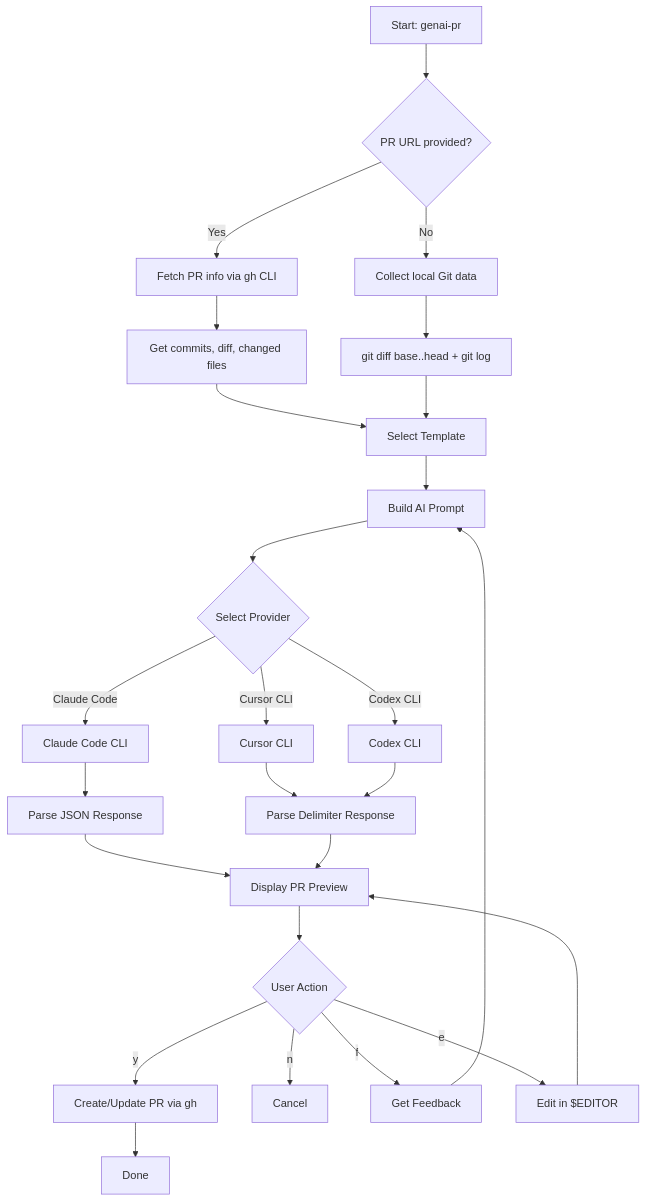
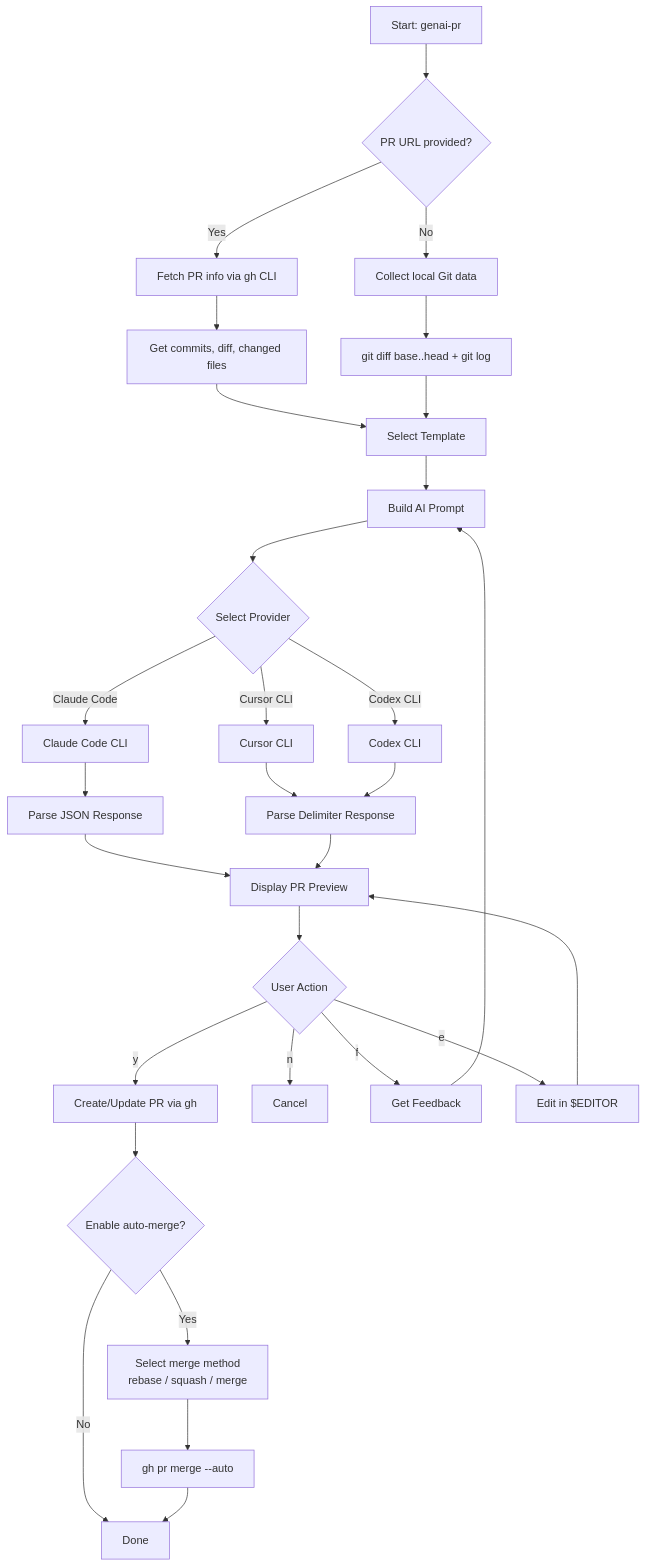
One commit to Seungwoo321/genai-pr changed the diagram in README.md. Above: the diagram before and after it, drawn with Mermaid. The commit also changed other lines of this file and 1 other file, not shown here.

First line of the commit message:
docs(readme): add Korean guide and auto-merge usage

````diff
--- a/README.md
+++ b/README.md
@@ -20,28 +23,32 @@
 ```mermaid
 flowchart TD
     A[Start: genai-pr] --> B{PR URL provided?}
     B -->|Yes| C[Fetch PR info via gh CLI]
     B -->|No| D[Collect local Git data]
     C --> E[Get commits, diff, changed files]
     D --> F[git diff base..head + git log]
     E --> G[Select Template]
     F --> G
     G --> H[Build AI Prompt]
     H --> I{Select Provider}
     I -->|Claude Code| J[Claude Code CLI]
     I -->|Cursor CLI| K[Cursor CLI]
     I -->|Codex CLI| K2[Codex CLI]
     J --> L[Parse JSON Response]
     K --> M[Parse Delimiter Response]
     K2 --> M
     L --> N[Display PR Preview]
     M --> N
     N --> O{User Action}
     O -->|y| P[Create/Update PR via gh]
     O -->|n| Q[Cancel]
     O -->|f| R[Get Feedback]
     O -->|e| S[Edit in $EDITOR]
     R --> H
     S --> N
-    P --> T[Done]
+    P --> U{Enable auto-merge?}
+    U -->|Yes| V[Select merge method<br/>rebase / squash / merge]
+    U -->|No| T[Done]
+    V --> W[gh pr merge --auto]
+    W --> T[Done]
 ```
````
